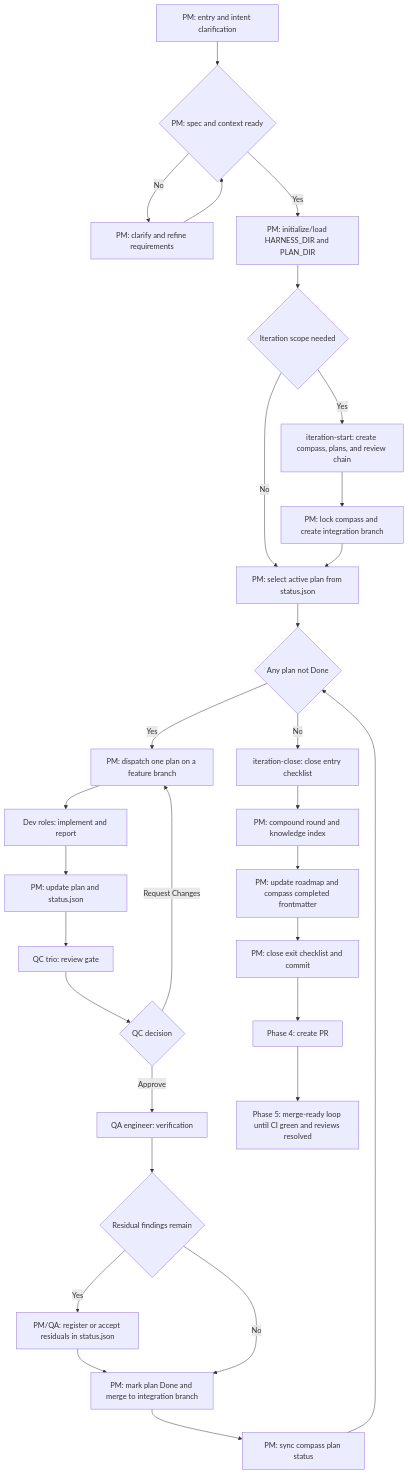
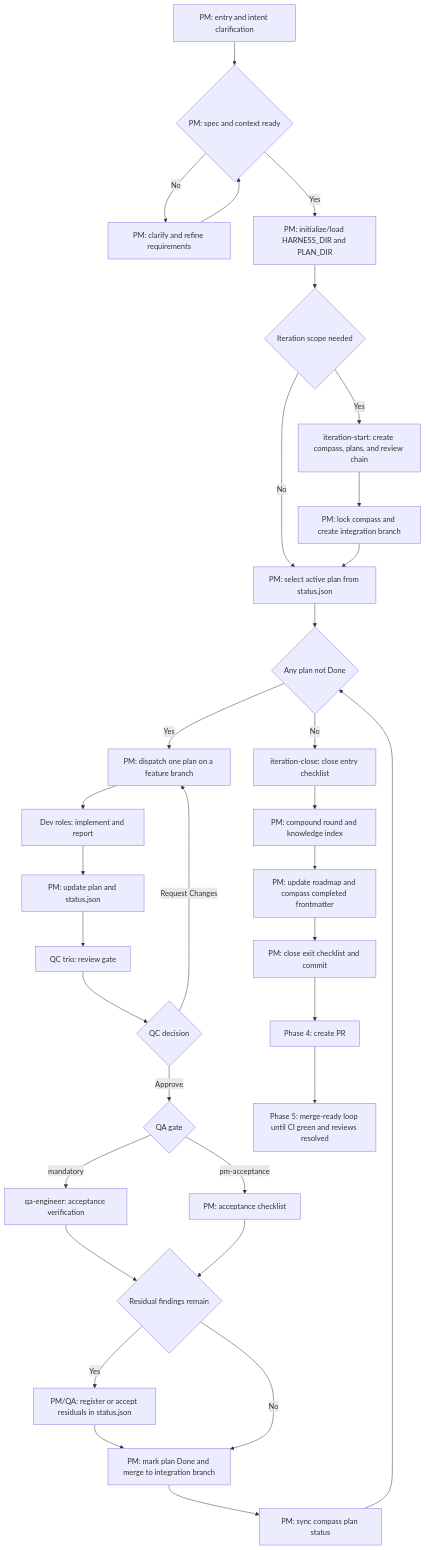
The diagram in README.md (btspoony/mstar-harness), drawn with Mermaid before and after one commit. The commit also changed other lines of this file and 46 other files, not shown here.

````diff
--- a/README.md
+++ b/README.md
@@ -153,32 +153,35 @@
 ```mermaid
 flowchart TD
     A["PM: entry and intent clarification"] --> B{"PM: spec and context ready"}
     B -->|No| C["PM: clarify and refine requirements"]
     C --> B
     B -->|Yes| D["PM: initialize/load HARNESS_DIR and PLAN_DIR"]
     D --> E{"Iteration scope needed"}
     E -->|Yes| F["iteration-start: create compass, plans, and review chain"]
     F --> G["PM: lock compass and create integration branch"]
     E -->|No| H["PM: select active plan from status.json"]
     G --> H
     H --> I{"Any plan not Done"}
     I -->|Yes| J["PM: dispatch one plan on a feature branch"]
     J --> K["Dev roles: implement and report"]
     K --> L["PM: update plan and status.json"]
     L --> M["QC trio: review gate"]
     M --> N{"QC decision"}
     N -->|Request Changes| J
-    N -->|Approve| O["QA engineer: verification"]
-    O --> P{"Residual findings remain"}
+    N -->|Approve| O{"QA gate"}
+    O -->|mandatory| O1["qa-engineer: acceptance verification"]
+    O -->|pm-acceptance| O2["PM: acceptance checklist"]
+    O1 --> P{"Residual findings remain"}
+    O2 --> P
     P -->|Yes| Q["PM/QA: register or accept residuals in status.json"]
     Q --> R["PM: mark plan Done and merge to integration branch"]
     P -->|No| R
     R --> S["PM: sync compass plan status"]
     S --> I
     I -->|No| T["iteration-close: close entry checklist"]
     T --> U["PM: compound round and knowledge index"]
     U --> V["PM: update roadmap and compass completed frontmatter"]
     V --> W["PM: close exit checklist and commit"]
     W --> X["Phase 4: create PR"]
     X --> Y["Phase 5: merge-ready loop until CI green and reviews resolved"]
 ```
````
